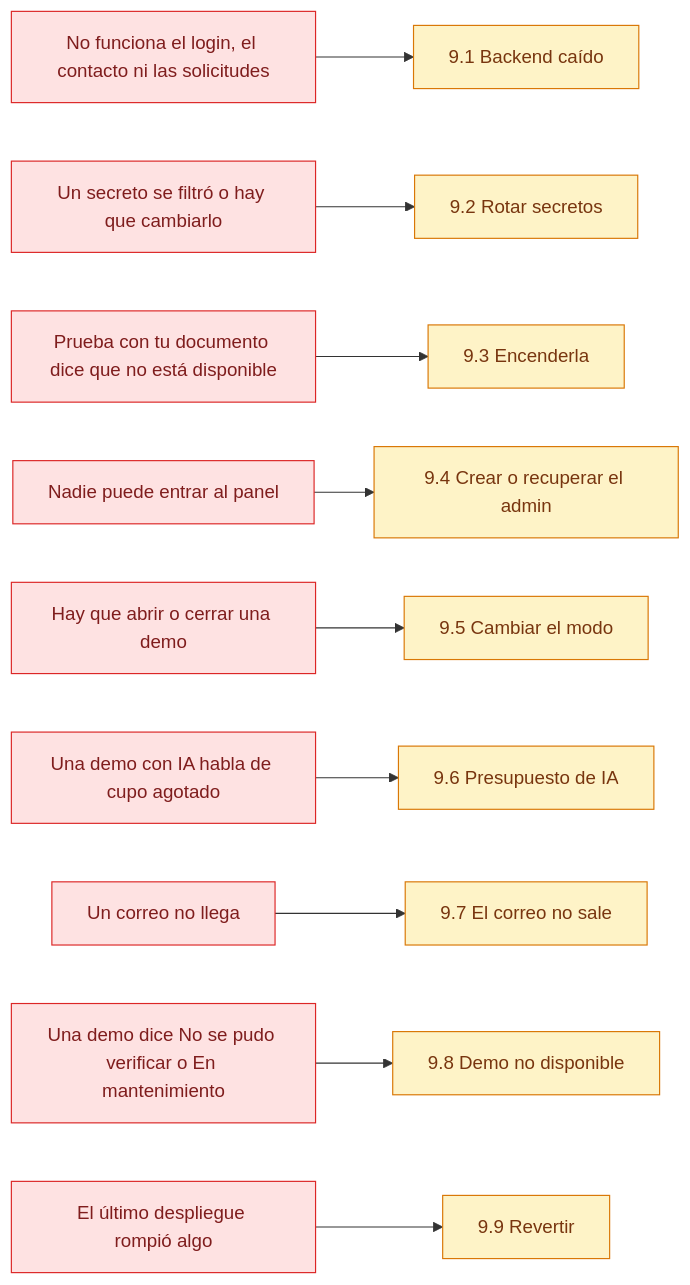
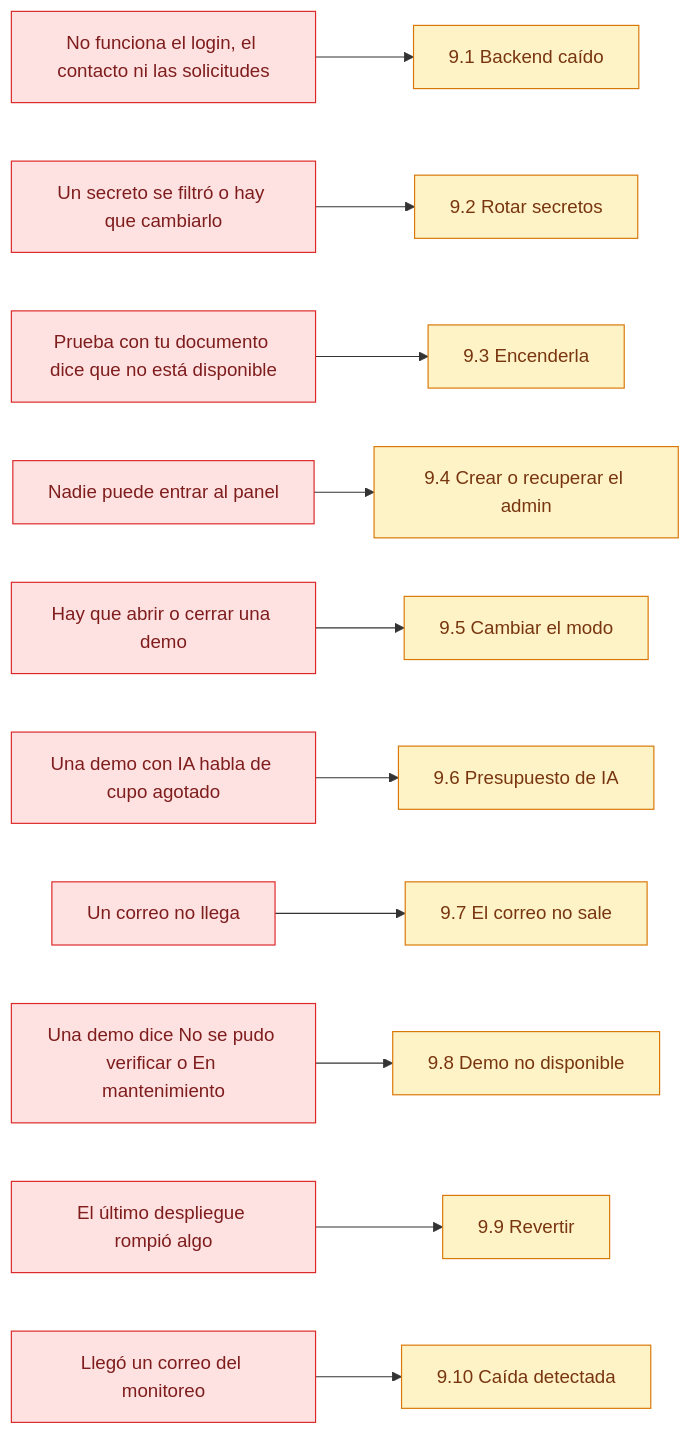
The eighth of 8 diagrams in docs/wiki/Doc-11-Operacion-y-Despliegue.md (ronalc90/koptup), drawn with Mermaid before and after one commit. The commit also changed other lines of this file and 245 other files, not shown here.

````diff
--- a/docs/wiki/Doc-11-Operacion-y-Despliegue.md
+++ b/docs/wiki/Doc-11-Operacion-y-Despliegue.md
@@ -541,15 +596,16 @@
 ```mermaid
 flowchart LR
     classDef error fill:#fee2e2,stroke:#dc2626,color:#7f1d1d
     classDef admin fill:#fef3c7,stroke:#d97706,color:#78350f
 
     S1["No funciona el login, el contacto ni las solicitudes"]:::error --> R1["9.1 Backend caído"]:::admin
     S2["Un secreto se filtró o hay que cambiarlo"]:::error --> R2["9.2 Rotar secretos"]:::admin
     S3["Prueba con tu documento dice que no está disponible"]:::error --> R3["9.3 Encenderla"]:::admin
     S4["Nadie puede entrar al panel"]:::error --> R4["9.4 Crear o recuperar el admin"]:::admin
     S5["Hay que abrir o cerrar una demo"]:::error --> R5["9.5 Cambiar el modo"]:::admin
     S6["Una demo con IA habla de cupo agotado"]:::error --> R6["9.6 Presupuesto de IA"]:::admin
     S7["Un correo no llega"]:::error --> R7["9.7 El correo no sale"]:::admin
     S8["Una demo dice No se pudo verificar o En mantenimiento"]:::error --> R8["9.8 Demo no disponible"]:::admin
     S9["El último despliegue rompió algo"]:::error --> R9["9.9 Revertir"]:::admin
+    S10["Llegó un correo del monitoreo"]:::error --> R10["9.10 Caída detectada"]:::admin
 ```
````
